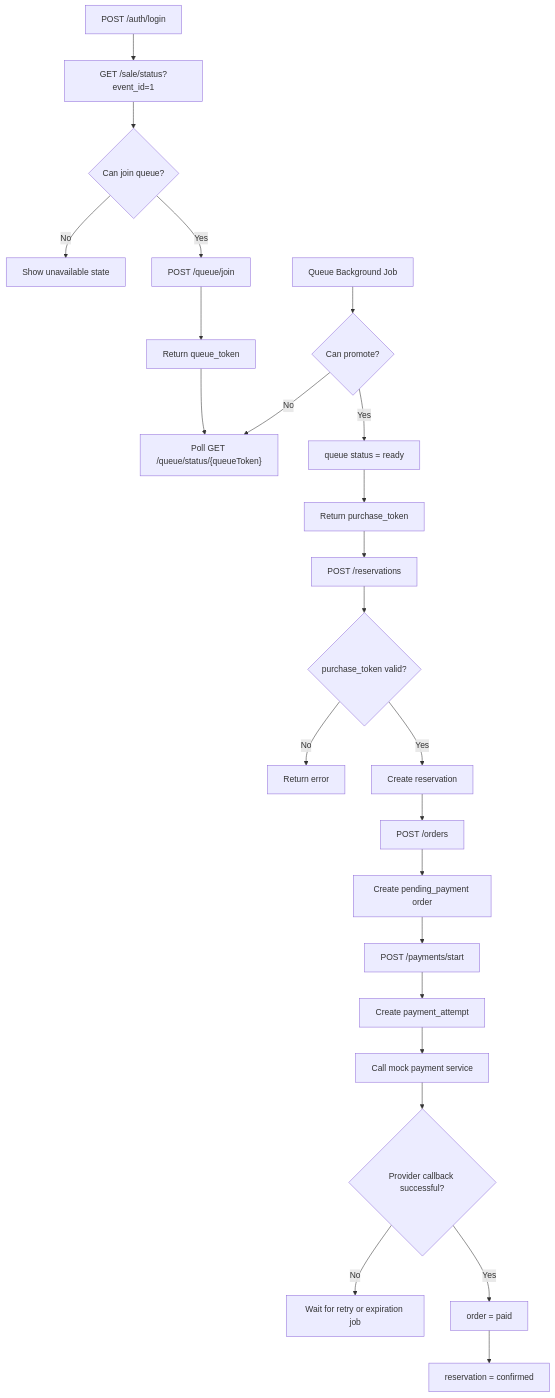
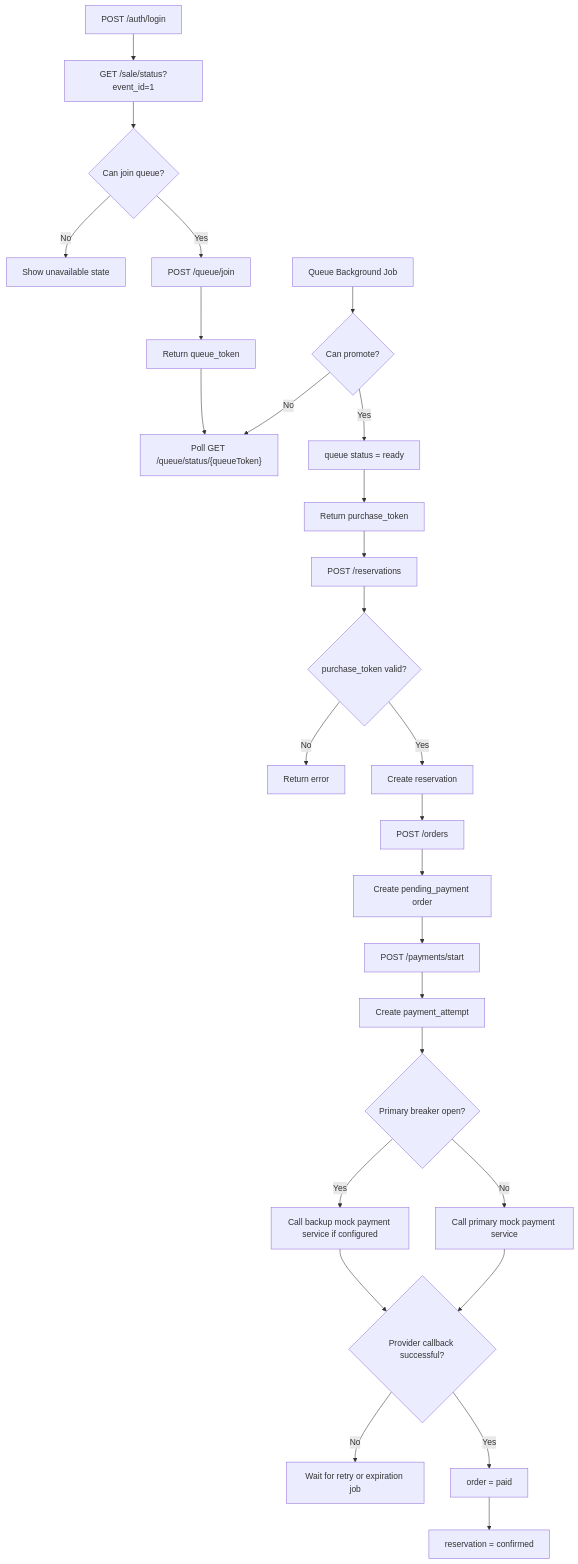
Before and after one commit to austin72905/buy-ticket: the first of 2 diagrams in doc/api-flow.md, drawn with Mermaid. The commit also changed other lines of this file and 17 other files, not shown here.

````diff
--- a/doc/api-flow.md
+++ b/doc/api-flow.md
@@ -35,26 +38,29 @@
 ```mermaid
 flowchart TD
     A["POST /auth/login"] --> B["GET /sale/status?event_id=1"]
     B --> C{"Can join queue?"}
     C -- "No" --> X["Show unavailable state"]
     C -- "Yes" --> D["POST /queue/join"]
     D --> E["Return queue_token"]
     E --> F["Poll GET /queue/status/{queueToken}"]
     W["Queue Background Job"] --> G{"Can promote?"}
     G -- "No" --> F
     G -- "Yes" --> H["queue status = ready"]
     H --> I["Return purchase_token"]
     I --> J["POST /reservations"]
     J --> K{"purchase_token valid?"}
     K -- "No" --> Y["Return error"]
     K -- "Yes" --> L["Create reservation"]
     L --> M["POST /orders"]
     M --> N["Create pending_payment order"]
     N --> O["POST /payments/start"]
     O --> P["Create payment_attempt"]
-    P --> Q["Call mock payment service"]
+    P --> V{"Primary breaker open?"}
+    V -- "No" --> Q["Call primary mock payment service"]
+    V -- "Yes" --> Z["Call backup mock payment service if configured"]
+    Z --> T
     Q --> T{"Provider callback successful?"}
     T -- "No" --> U["Wait for retry or expiration job"]
     T -- "Yes" --> R["order = paid"]
     R --> S["reservation = confirmed"]
 ```
````
